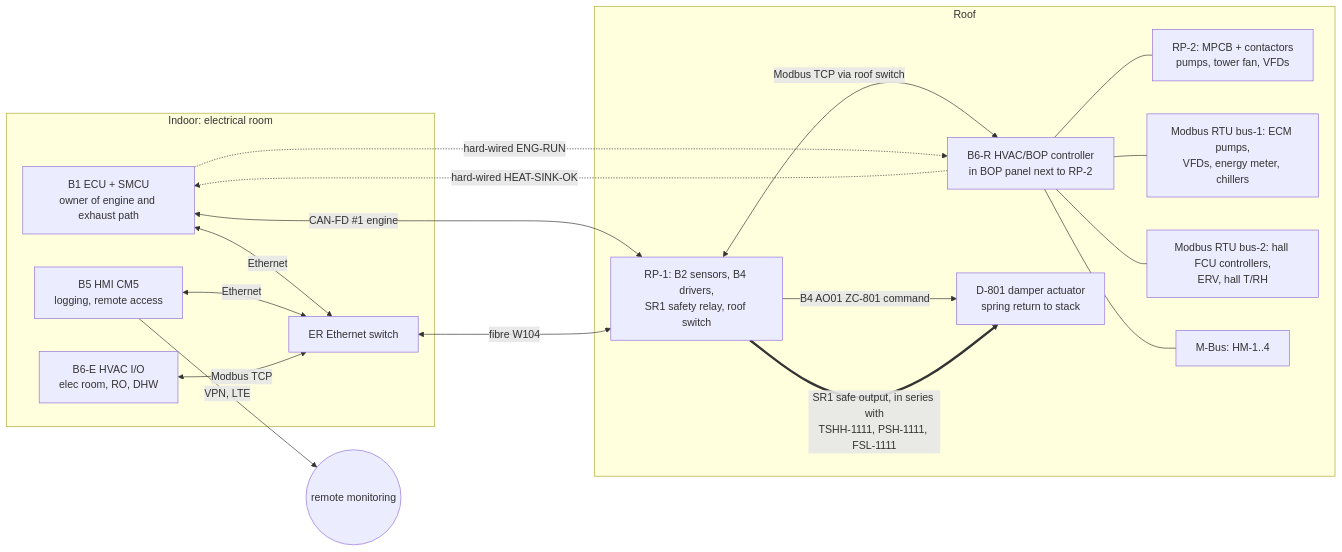
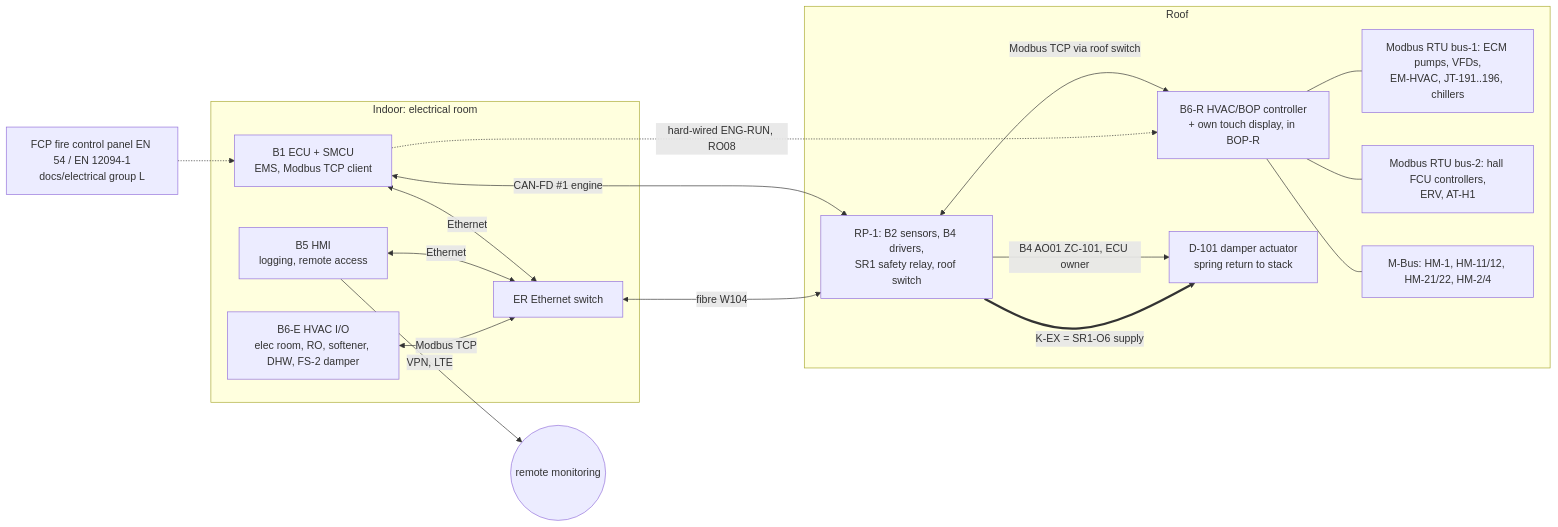
One commit to ahmadreza221/aurora-cchp changed the diagram in docs/hvac/05_controls_io.md. Above: the diagram before and after it, drawn with Mermaid. The commit also changed other lines of this file and 77 other files, not shown here.

Commit message:
WIP: HVAC power modes, fire suppression, insulated-hall recheck; electrical EMS, boards, 3D room model; engine E1–E4 in progress

````diff
--- a/docs/hvac/05_controls_io.md
+++ b/docs/hvac/05_controls_io.md
@@ -10,33 +10,32 @@
 ```mermaid
 flowchart LR
   subgraph ER["Indoor: electrical room"]
-    B1["B1 ECU + SMCU<br/>owner of engine and exhaust path"]
-    B5["B5 HMI CM5<br/>logging, remote access"]
-    B6E["B6-E HVAC I/O<br/>elec room, RO, DHW"]
+    B1["B1 ECU + SMCU<br/>EMS, Modbus TCP client"]
+    B5["B5 HMI<br/>logging, remote access"]
+    B6E["B6-E HVAC I/O<br/>elec room, RO, softener, DHW, FS-2 damper"]
     SWE["ER Ethernet switch"]
   end
   subgraph ROOF["Roof"]
     RP1["RP-1: B2 sensors, B4 drivers,<br/>SR1 safety relay, roof switch"]
-    B6R["B6-R HVAC/BOP controller<br/>in BOP panel next to RP-2"]
-    RP2["RP-2: MPCB + contactors<br/>pumps, tower fan, VFDs"]
-    MB1["Modbus RTU bus-1: ECM pumps,<br/>VFDs, energy meter, chillers"]
-    MB2["Modbus RTU bus-2: hall FCU controllers,<br/>ERV, hall T/RH"]
-    MBUS["M-Bus: HM-1..4"]
-    D801["D-801 damper actuator<br/>spring return to stack"]
+    B6R["B6-R HVAC/BOP controller<br/>+ own touch display, in BOP-R"]
+    MB1["Modbus RTU bus-1: ECM pumps, VFDs,<br/>EM-HVAC, JT-191..196, chillers"]
+    MB2["Modbus RTU bus-2: hall FCU controllers,<br/>ERV, AT-H1"]
+    MBUS["M-Bus: HM-1, HM-11/12, HM-21/22, HM-2/4"]
+    D101["D-101 damper actuator<br/>spring return to stack"]
   end
+  FCP["FCP fire control panel EN 54 / EN 12094-1<br/>docs/electrical group L"]
   B1 <-->|"CAN-FD #1 engine"| RP1
   B1 <-->|"Ethernet"| SWE
   B5 <-->|"Ethernet"| SWE
   B6E <-->|"Modbus TCP"| SWE
   SWE <-->|"fibre W104"| RP1
   RP1 <-->|"Modbus TCP via roof switch"| B6R
   B6R --- MB1
   B6R --- MB2
   B6R --- MBUS
-  B6R --- RP2
-  RP1 -->|"B4 AO01 ZC-801 command"| D801
-  RP1 ==>|"SR1 safe output, in series with<br/>TSHH-1111, PSH-1111, FSL-1111"| D801
-  B1 -.->|"hard-wired ENG-RUN"| B6R
-  B6R -.->|"hard-wired HEAT-SINK-OK"| B1
+  RP1 -->|"B4 AO01 ZC-101, ECU owner"| D101
+  RP1 ==>|"K-EX = SR1-O6 supply"| D101
+  B1 -.->|"hard-wired ENG-RUN, RO08"| B6R
+  FCP -.-> B1
   B5 -->|"VPN, LTE"| NET(("remote monitoring"))
 ```
````
